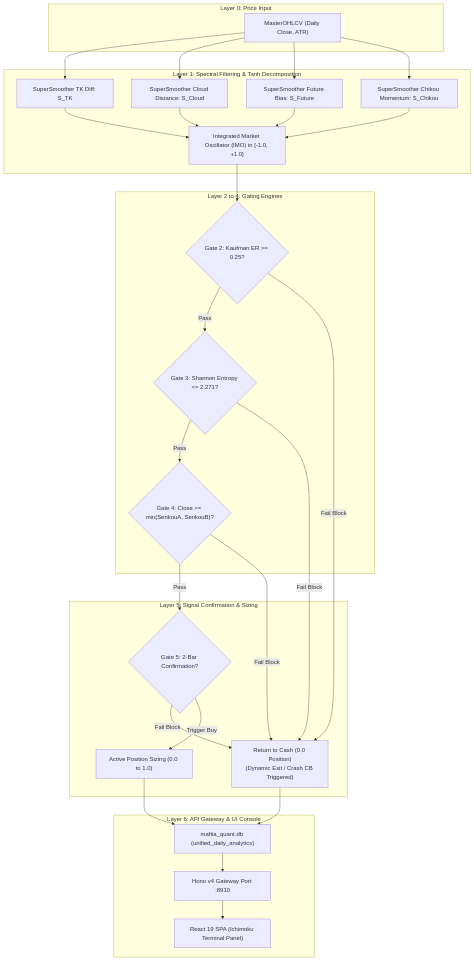
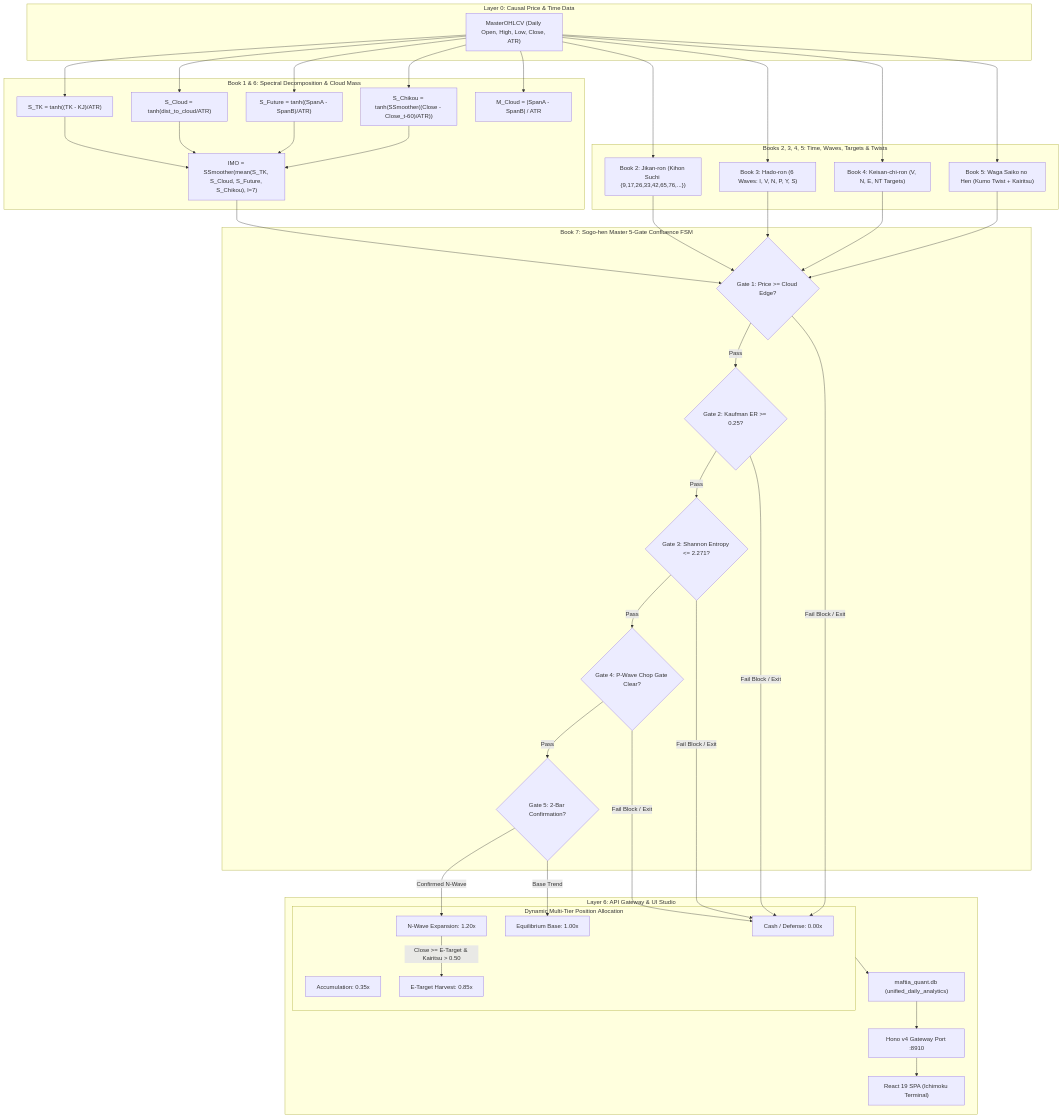
The diagram in docs/architecture/04_ichimoku_system.md (lutfi-zain/quant.maftia.tech), drawn with Mermaid before and after one commit. The commit also changed other lines of this file and 25 other files, not shown here.

Commit message:
feat(ichimoku): implement 7-book canonical quantitative system v4.0 with multi-family consensus and zero-lag macro trend execution

````diff
--- a/docs/architecture/04_ichimoku_system.md
+++ b/docs/architecture/04_ichimoku_system.md
@@ -24,44 +41,60 @@
 ```mermaid
 graph TD
-    subgraph Data [Layer 0: Price Input]
-        OHLCV["MasterOHLCV (Daily Close, ATR)"]
+    subgraph Layer0 [Layer 0: Causal Price & Time Data]
+        OHLCV["MasterOHLCV (Daily Open, High, Low, Close, ATR)"]
     end
 
-    subgraph Denoise [Layer 1: Spectral Filtering & Tanh Decomposition]
-        SS_TK["SuperSmoother TK Diff: S_TK"]
-        SS_Cloud["SuperSmoother Cloud Distance: S_Cloud"]
-        SS_Fut["SuperSmoother Future Bias: S_Future"]
-        SS_Chk["SuperSmoother Chikou Momentum: S_Chikou"]
-        
-        OHLCV --> SS_TK & SS_Cloud & SS_Fut & SS_Chk
-        SS_TK & SS_Cloud & SS_Fut & SS_Chk --> IMO["Integrated Market Oscillator (IMO) in [-1.0, +1.0]"]
+    subgraph Book1 [Book 1 & 6: Spectral Decomposition & Cloud Mass]
+        SS_TK["S_TK = tanh((TK - KJ)/ATR)"]
+        SS_Cloud["S_Cloud = tanh(dist_to_cloud/ATR)"]
+        SS_Fut["S_Future = tanh((SpanA - SpanB)/ATR)"]
+        SS_Chk["S_Chikou = tanh(SSmoother((Close - Close_t-60)/ATR))"]
+        IMO["IMO = SSmoother(mean(S_TK, S_Cloud, S_Future, S_Chikou), l=7)"]
+        CloudMass["M_Cloud = |SpanA - SpanB| / ATR"]
+        OHLCV --> SS_TK & SS_Cloud & SS_Fut & SS_Chk & CloudMass
+        SS_TK & SS_Cloud & SS_Fut & SS_Chk --> IMO
     end
 
-    subgraph Gates [Layer 2 to 4: Gating Engines]
+    subgraph Book2345 [Books 2, 3, 4, 5: Time, Waves, Targets & Twists]
+        Jikan["Book 2: Jikan-ron (Kihon Suchi {9,17,26,33,42,65,76,...})"]
+        Hado["Book 3: Hado-ron (6 Waves: I, V, N, P, Y, S)"]
+        Keisan["Book 4: Keisan-chi-ron (V, N, E, NT Targets)"]
+        Waga["Book 5: Waga Saiko no Hen (Kumo Twist + Kairitsu)"]
+        OHLCV --> Jikan & Hado & Keisan & Waga
+    end
+
+    subgraph Book7 [Book 7: Sogo-hen Master 5-Gate Confluence FSM]
+        G1{"Gate 1: Price >= Cloud Edge?"}
         G2{"Gate 2: Kaufman ER >= 0.25?"}
         G3{"Gate 3: Shannon Entropy <= 2.271?"}
-        G4{"Gate 4: Close >= min(SenkouA, SenkouB)?"}
+        G4{"Gate 4: P-Wave Chop Gate Clear?"}
+        G5{"Gate 5: 2-Bar Confirmation?"}
         
-        IMO --> G2
+        IMO & Jikan & Hado & Keisan & Waga --> G1
+        G1 -->|Pass| G2
         G2 -->|Pass| G3
         G3 -->|Pass| G4
+        G4 -->|Pass| G5
     end
 
-    subgraph Exec [Layer 5: Signal Confirmation & Sizing]
-        G5{"Gate 5: 2-Bar Confirmation?"}
-        Active["Active Position Sizing (0.0 to 1.0)"]
-        Cash["Return to Cash (0.0 Position)<br/>(Dynamic Exit / Crash CB Triggered)"]
+    subgraph Sizing [Dynamic Multi-Tier Position Allocation]
+        Cash["Cash / Defense: 0.00x"]
+        Accum["Accumulation: 0.35x"]
+        Base["Equilibrium Base: 1.00x"]
+        NWav["N-Wave Expansion: 1.20x"]
+        Harv["E-Target Harvest: 0.85x"]
         
-        G4 -->|Pass| G5
-        G2 & G3 & G4 & G5 -->|Fail Block| Cash
-        G5 -->|Trigger Buy| Active
+        G5 -->|Confirmed N-Wave| NWav
+        G5 -->|Base Trend| Base
+        NWav -->|Close >= E-Target & Kairitsu > 0.50| Harv
+        G1 & G2 & G3 & G4 -->|Fail Block / Exit| Cash
     end
 
-    subgraph Presentation [Layer 6: API Gateway & UI Console]
-        DB_Master["maftia_quant.db (unified_daily_analytics)"]
+    subgraph Delivery [Layer 6: API Gateway & UI Studio]
+        DB["maftia_quant.db (unified_daily_analytics)"]
         API["Hono v4 Gateway Port :8910"]
-        UI["React 19 SPA (Ichimoku Terminal Panel)"]
+        UI["React 19 SPA (Ichimoku Terminal)"]
         
-        Active & Cash --> DB_Master --> API --> UI
+        Sizing --> DB --> API --> UI
     end
 ```
````
